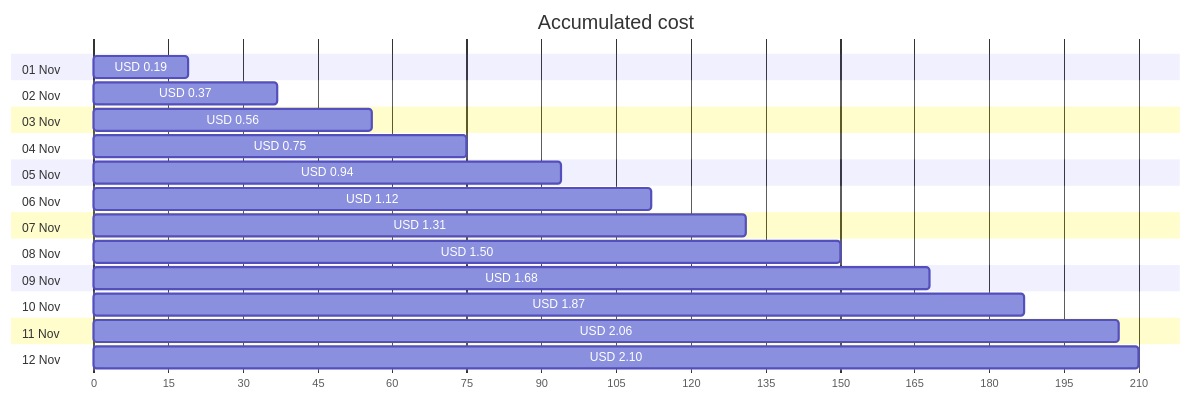
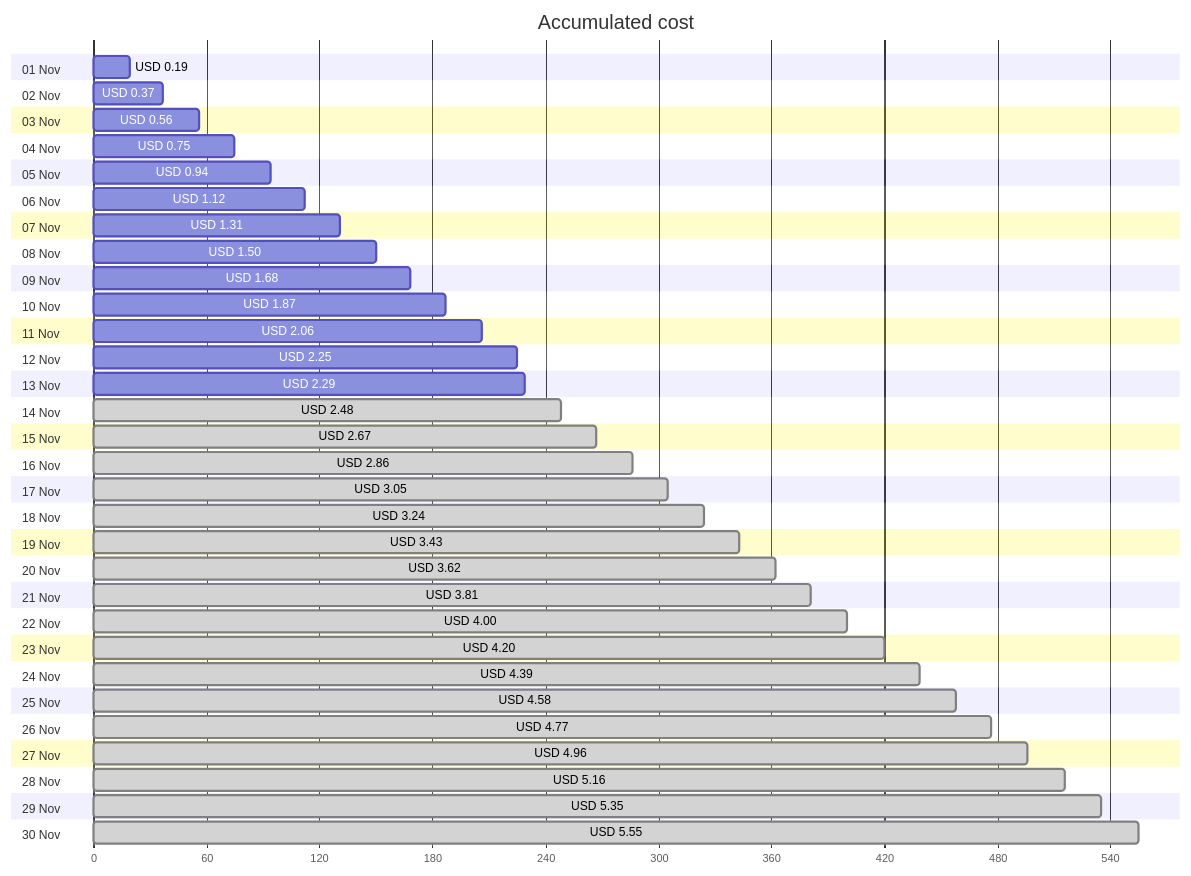
Before and after one commit to jpfulton/azure-personal-reports: the first of 4 diagrams in cost-reports/personal-network/backup-server.md, drawn with Mermaid. The commit also changed other lines of this file and 8 other files, not shown here.

````diff
--- a/cost-reports/personal-network/backup-server.md
+++ b/cost-reports/personal-network/backup-server.md
@@ -20,30 +20,66 @@
 ```mermaid
 gantt
    title Accumulated cost
    dateFormat  X
    axisFormat %s
    section 01 Nov
    USD 0.19 :0, 19
    section 02 Nov
    USD 0.37 :0, 37
    section 03 Nov
    USD 0.56 :0, 56
    section 04 Nov
    USD 0.75 :0, 75
    section 05 Nov
    USD 0.94 :0, 94
    section 06 Nov
    USD 1.12 :0, 112
    section 07 Nov
    USD 1.31 :0, 131
    section 08 Nov
    USD 1.50 :0, 150
    section 09 Nov
    USD 1.68 :0, 168
    section 10 Nov
    USD 1.87 :0, 187
    section 11 Nov
    USD 2.06 :0, 206
    section 12 Nov
-   USD 2.10 :0, 210
+   USD 2.25 :0, 225
+   section 13 Nov
+   USD 2.29 :0, 229
+   section 14 Nov
+   USD 2.48 : done, 0, 248
+   section 15 Nov
+   USD 2.67 : done, 0, 267
+   section 16 Nov
+   USD 2.86 : done, 0, 286
+   section 17 Nov
+   USD 3.05 : done, 0, 305
+   section 18 Nov
+   USD 3.24 : done, 0, 324
+   section 19 Nov
+   USD 3.43 : done, 0, 343
+   section 20 Nov
+   USD 3.62 : done, 0, 362
+   section 21 Nov
+   USD 3.81 : done, 0, 381
+   section 22 Nov
+   USD 4.00 : done, 0, 400
+   section 23 Nov
+   USD 4.20 : done, 0, 420
+   section 24 Nov
+   USD 4.39 : done, 0, 439
+   section 25 Nov
+   USD 4.58 : done, 0, 458
+   section 26 Nov
+   USD 4.77 : done, 0, 477
+   section 27 Nov
+   USD 4.96 : done, 0, 496
+   section 28 Nov
+   USD 5.16 : done, 0, 516
+   section 29 Nov
+   USD 5.35 : done, 0, 535
+   section 30 Nov
+   USD 5.55 : done, 0, 555
 ```
````
